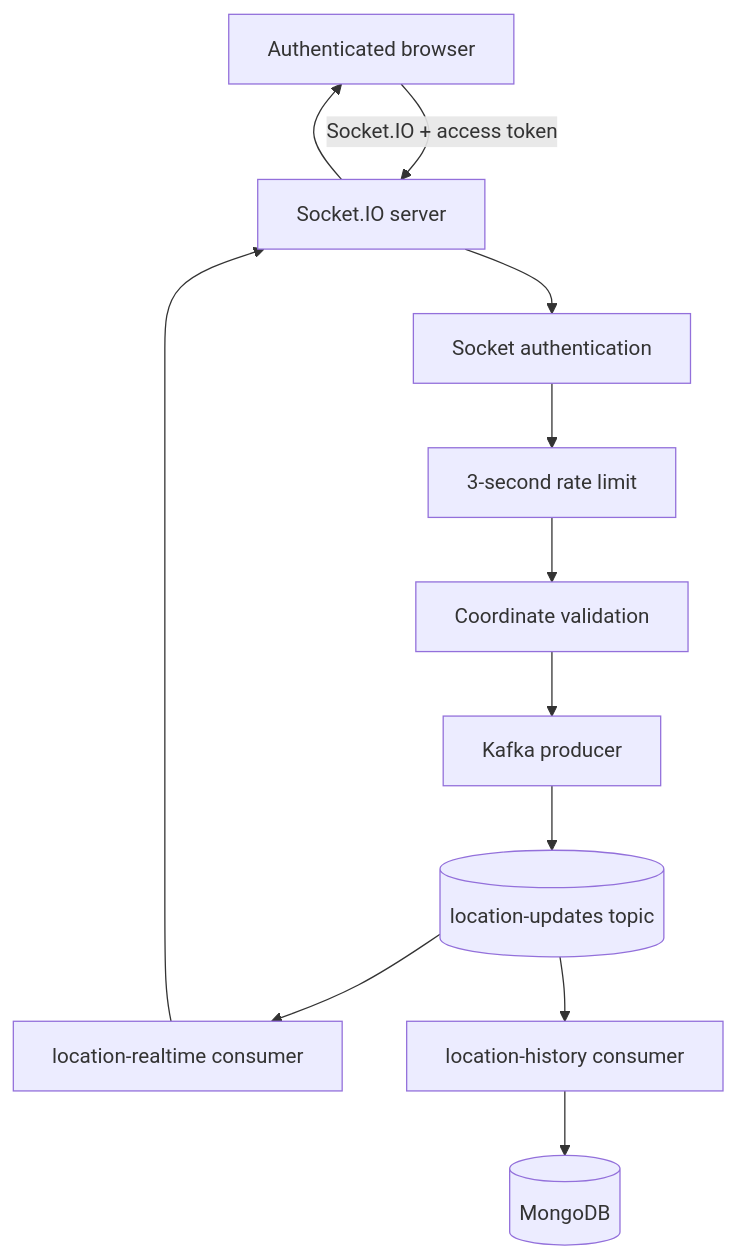
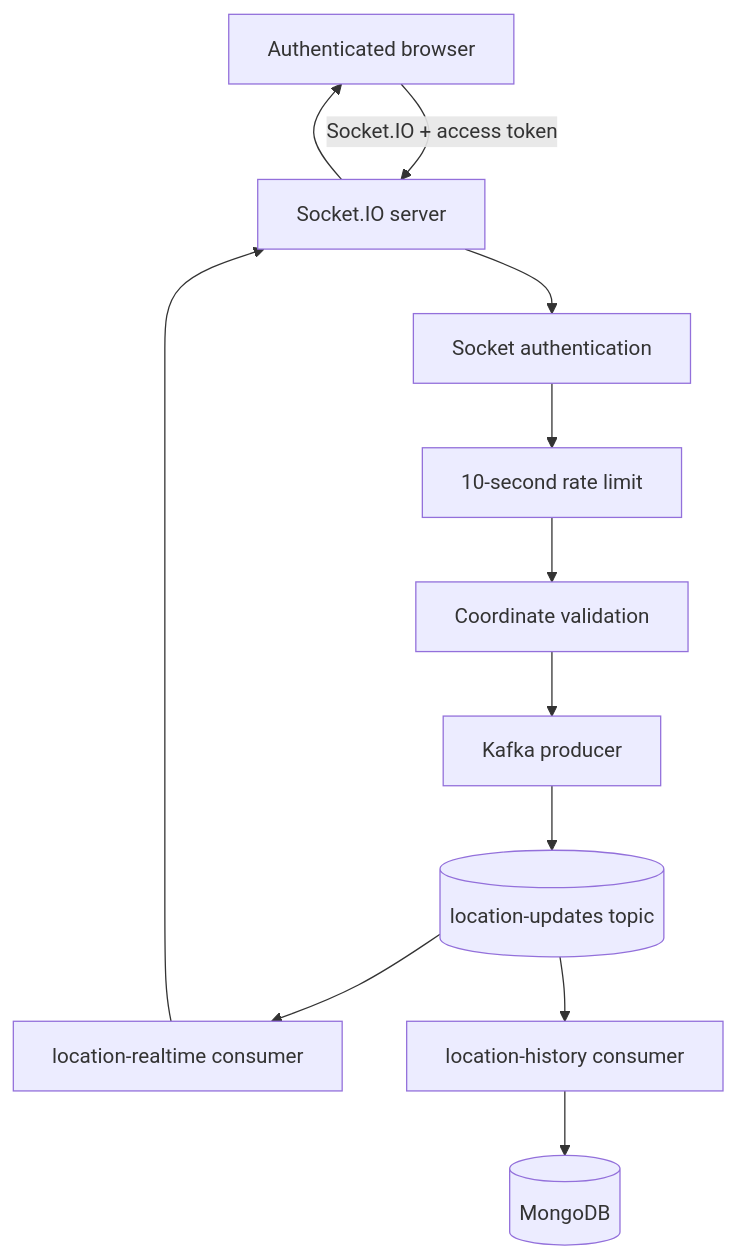
The first of 3 diagrams in README.md (maazhafeez698/kafka-live-location-tracker), drawn with Mermaid before and after one commit. The commit also changed other lines of this file and 11 other files, not shown here.

````diff
--- a/README.md
+++ b/README.md
@@ -52,14 +54,14 @@
 ```mermaid
 flowchart TD
     U[Authenticated browser] -->|Socket.IO + access token| S[Socket.IO server]
     S --> A[Socket authentication]
-    A --> L[3-second rate limit]
+    A --> L[10-second rate limit]
     L --> V[Coordinate validation]
     V --> P[Kafka producer]
     P --> T[(location-updates topic)]
     T --> R[location-realtime consumer]
     R --> S
     S --> U
     T --> H[location-history consumer]
     H --> M[(MongoDB)]
 ```
````
